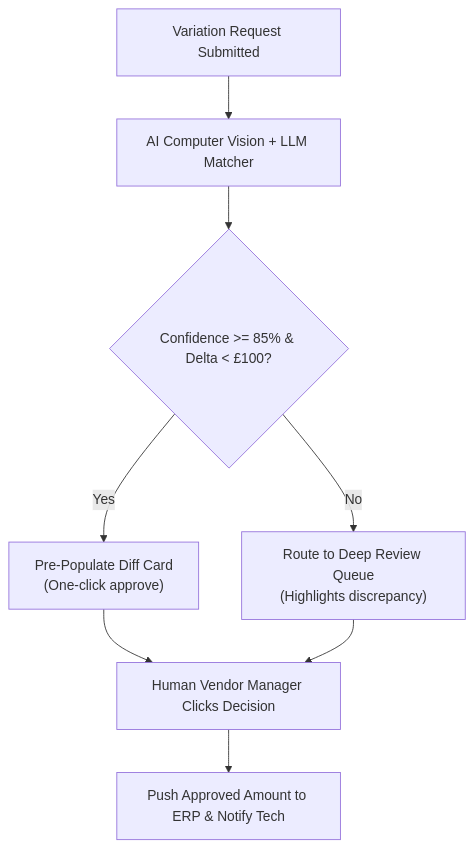
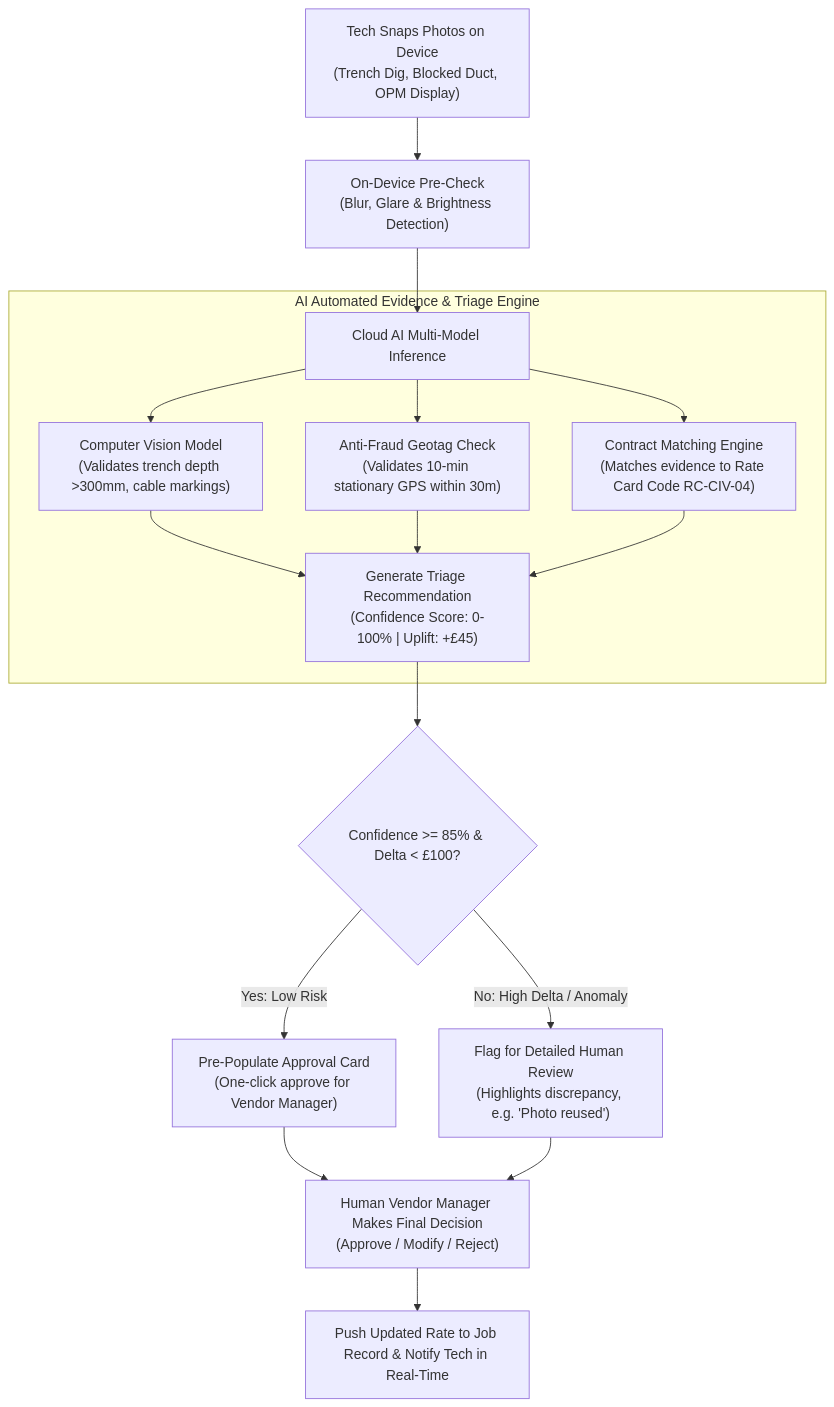
The third of 5 diagrams in WIREFRAMES.md (komala2019/Zinier), drawn with Mermaid before and after one commit. The commit also changed other lines of this file, not shown here.

````diff
--- a/WIREFRAMES.md
+++ b/WIREFRAMES.md
@@ -209,10 +249,20 @@
 ```mermaid
 flowchart TD
-    Req["Variation Request Submitted"] --> AI["AI Computer Vision + LLM Matcher"]
-    AI --> Conf{"Confidence >= 85% & Delta < £100?"}
-    Conf -->|Yes| PreApp["Pre-Populate Diff Card<br/>(One-click approve)"]
-    Conf -->|No| HighPri["Route to Deep Review Queue<br/>(Highlights discrepancy)"]
-    PreApp --> Human["Human Vendor Manager Clicks Decision"]
-    HighPri --> Human
-    Human --> Push["Push Approved Amount to ERP & Notify Tech"]
+    A["Tech Snaps Photos on Device<br/>(Trench Dig, Blocked Duct, OPM Display)"] --> B["On-Device Pre-Check<br/>(Blur, Glare & Brightness Detection)"]
+    B --> C["Cloud AI Multi-Model Inference"]
+    
+    subgraph AIProcessing["AI Automated Evidence & Triage Engine"]
+        C --> D1["Computer Vision Model<br/>(Validates trench depth >300mm, cable markings)"]
+        C --> D2["Anti-Fraud Geotag Check<br/>(Validates 10-min stationary GPS within 30m)"]
+        C --> D3["Contract Matching Engine<br/>(Matches evidence to Rate Card Code RC-CIV-04)"]
+        D1 & D2 & D3 --> E["Generate Triage Recommendation<br/>(Confidence Score: 0-100% | Uplift: +£45)"]
+    end
+
+    E --> F{"Confidence >= 85% & Delta < £100?"}
+    F -->|Yes: Low Risk| G["Pre-Populate Approval Card<br/>(One-click approve for Vendor Manager)"]
+    F -->|No: High Delta / Anomaly| H["Flag for Detailed Human Review<br/>(Highlights discrepancy, e.g. 'Photo reused')"]
+    
+    G --> I["Human Vendor Manager Makes Final Decision<br/>(Approve / Modify / Reject)"]
+    H --> I
+    I --> J["Push Updated Rate to Job Record & Notify Tech in Real-Time"]
 ```
````
